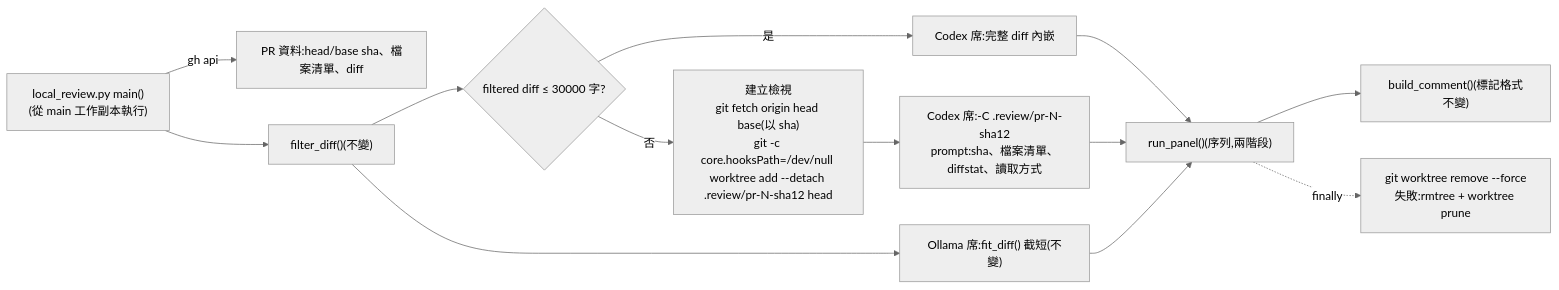
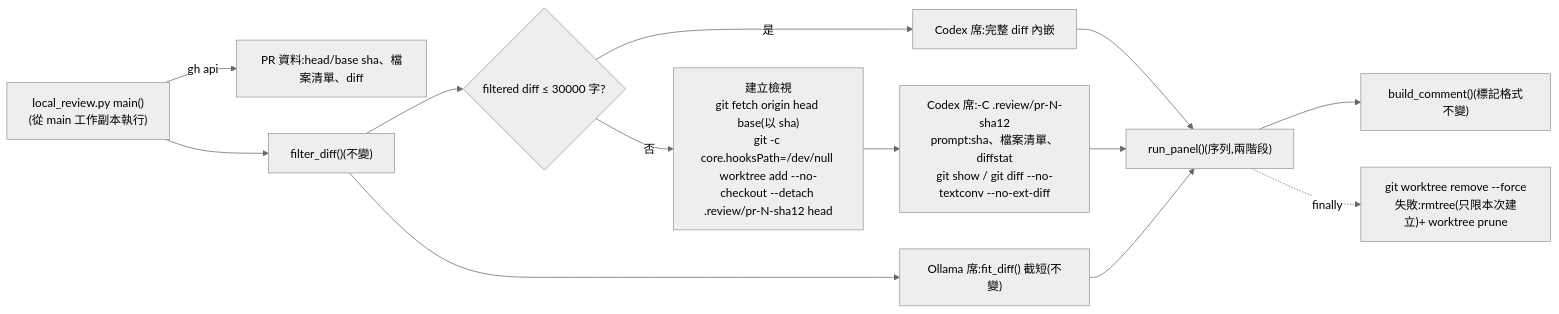
Before and after one commit to kamira/podcast-studio: the first of 2 diagrams in docs/changes/CHG-20261028-01.md, drawn with Mermaid (neutral theme). The commit also changed other lines of this file, not shown here.

````diff
--- a/docs/changes/CHG-20261028-01.md
+++ b/docs/changes/CHG-20261028-01.md
@@ -65,15 +67,15 @@
 ```mermaid
 flowchart LR
   M["local_review.py main()<br/>(從 main 工作副本執行)"] -->|gh api| PR["PR 資料:head/base sha、檔案清單、diff"]
   M --> F["filter_diff()(不變)"]
   F --> D{"filtered diff ≤ 30000 字?"}
   D -->|是| IN["Codex 席:完整 diff 內嵌"]
-  D -->|否| V["建立檢視<br/>git fetch origin head base(以 sha)<br/>git -c core.hooksPath=/dev/null worktree add --detach .review/pr-N-sha12 head"]
-  V --> VC["Codex 席:-C .review/pr-N-sha12<br/>prompt:sha、檔案清單、diffstat、讀取方式"]
+  D -->|否| V["建立檢視<br/>git fetch origin head base(以 sha)<br/>git -c core.hooksPath=/dev/null worktree add --no-checkout --detach .review/pr-N-sha12 head"]
+  V --> VC["Codex 席:-C .review/pr-N-sha12<br/>prompt:sha、檔案清單、diffstat<br/>git show / git diff --no-textconv --no-ext-diff"]
   F --> O["Ollama 席:fit_diff() 截短(不變)"]
   IN --> P["run_panel()(序列,兩階段)"]
   VC --> P
   O --> P
   P --> C["build_comment()(標記格式不變)"]
-  P -.->|finally| R["git worktree remove --force<br/>失敗:rmtree + worktree prune"]
+  P -.->|finally| R["git worktree remove --force<br/>失敗:rmtree(只限本次建立)+ worktree prune"]
 ```
````
